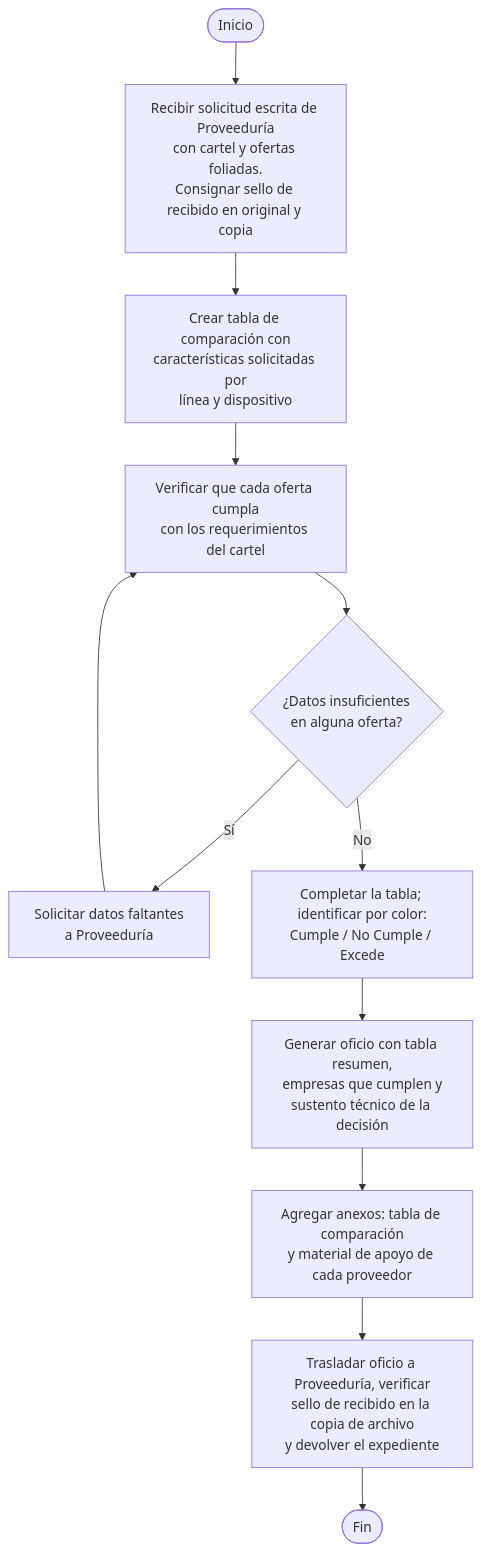
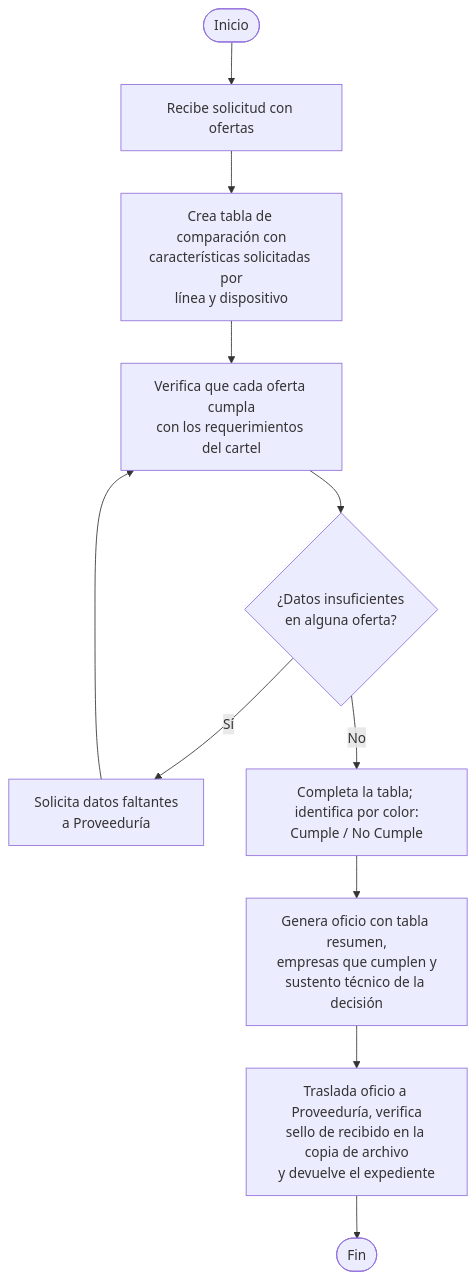
The diagram in emision_de_criterios_tecnicos.md (InformaticaMPZ/EsquemaDeProcedimientosMPZ), drawn with Mermaid before and after one commit. The commit also changed 13 other files, not shown here.

Commit message:
fix: diagrams

````diff
--- a/emision_de_criterios_tecnicos.md
+++ b/emision_de_criterios_tecnicos.md
@@ -1,23 +1,21 @@
 ```mermaid
 flowchart TD
-    A([Inicio]) --> B[Recibir solicitud escrita de Proveeduría<br/>con cartel y ofertas foliadas.<br/>Consignar sello de recibido en original y copia]
+    A([Inicio]) --> B[Recibe solicitud con ofertas]
 
-    B --> C[Crear tabla de comparación con<br/>características solicitadas por<br/>línea y dispositivo]
+    B --> C[Crea tabla de comparación con<br/>características solicitadas por<br/>línea y dispositivo]
 
-    C --> D[Verificar que cada oferta cumpla<br/>con los requerimientos del cartel]
+    C --> D[Verifica que cada oferta cumpla<br/>con los requerimientos del cartel]
 
     D --> E{¿Datos insuficientes<br/>en alguna oferta?}
 
-    E -- Sí --> F[Solicitar datos faltantes<br/>a Proveeduría]
+    E -- Sí --> F[Solicita datos faltantes<br/>a Proveeduría]
     F --> D
 
-    E -- No --> G[Completar la tabla; identificar por color:<br/>Cumple / No Cumple / Excede]
+    E -- No --> G[Completa la tabla; identifica por color:<br/>Cumple / No Cumple]
 
-    G --> H[Generar oficio con tabla resumen,<br/>empresas que cumplen y<br/>sustento técnico de la decisión]
+    G --> H[Genera oficio con tabla resumen,<br/>empresas que cumplen y<br/>sustento técnico de la decisión]
 
-    H --> I[Agregar anexos: tabla de comparación<br/>y material de apoyo de cada proveedor]
+    H --> I[Traslada oficio a Proveeduría, verifica<br/>sello de recibido en la copia de archivo<br/>y devuelve el expediente]
 
-    I --> J[Trasladar oficio a Proveeduría, verificar<br/>sello de recibido en la copia de archivo<br/>y devolver el expediente]
-
-    J --> FIN([Fin])
+    I --> FIN([Fin])
 ```
````
